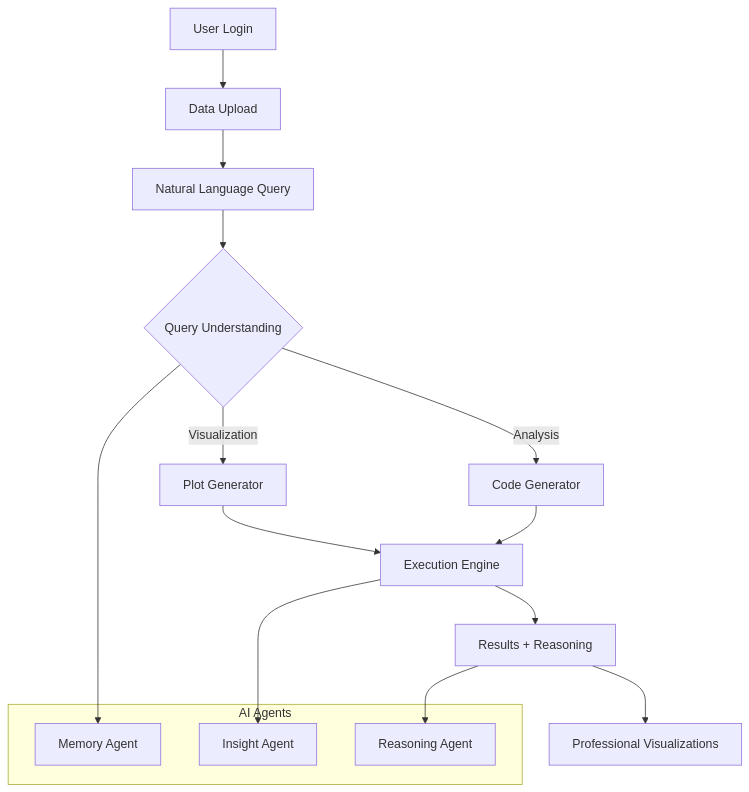
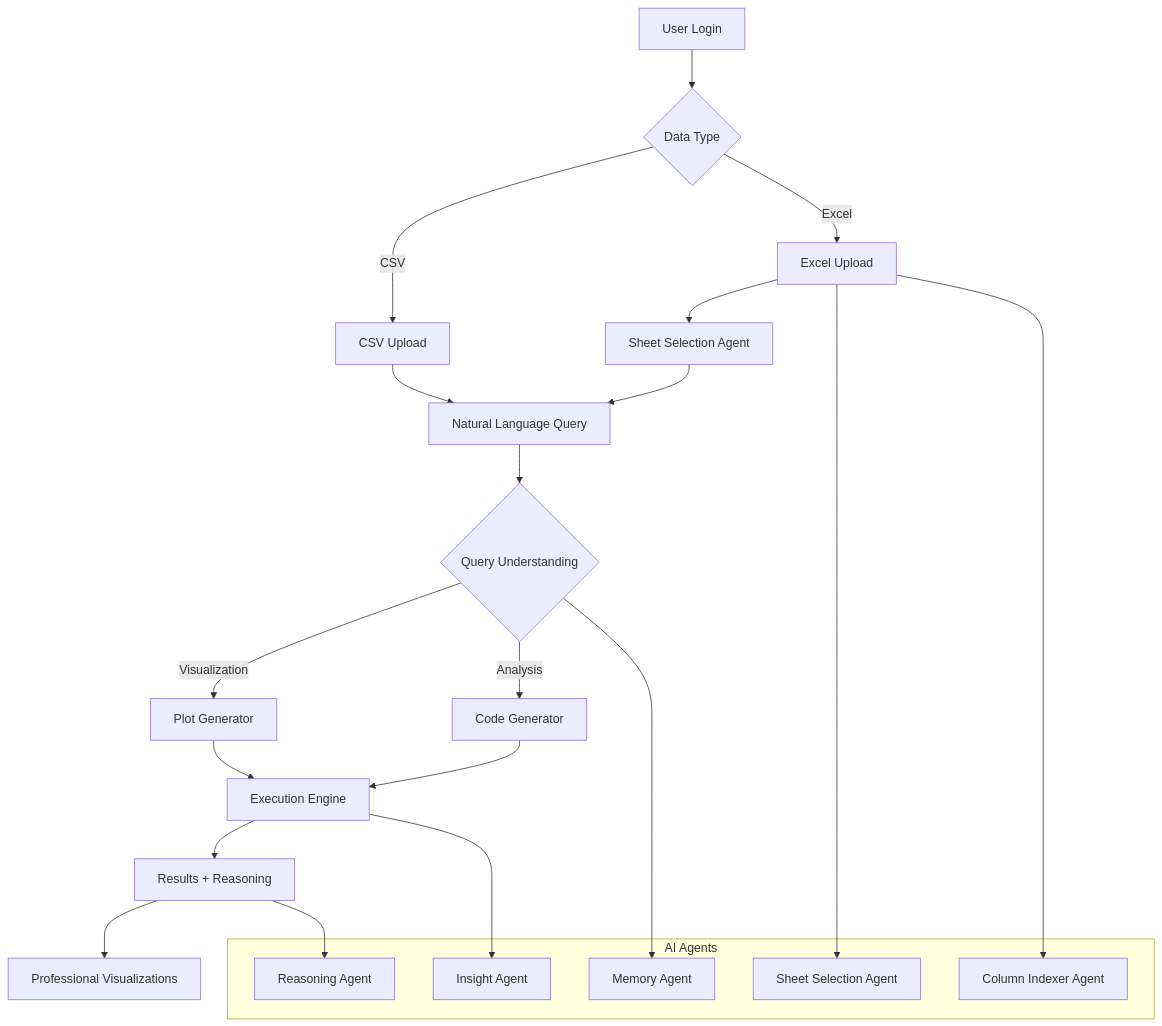
The first of 5 diagrams in README.md (Sher110106/HR-Agent), drawn with Mermaid before and after one commit. The commit also changed other lines of this file and 25 other files, not shown here.

````diff
--- a/README.md
+++ b/README.md
@@ -35,22 +39,30 @@
 ```mermaid
 graph TB
-    A[User Login] --> B[Data Upload]
-    B --> C[Natural Language Query]
-    C --> D{Query Understanding}
-    D -->|Visualization| E[Plot Generator]
-    D -->|Analysis| F[Code Generator]
-    E --> G[Execution Engine]
-    F --> G
-    G --> H[Results + Reasoning]
-    H --> I[Professional Visualizations]
+    A[User Login] --> B{Data Type}
+    B -->|CSV| C[CSV Upload]
+    B -->|Excel| D[Excel Upload]
+    C --> E[Natural Language Query]
+    D --> F[Sheet Selection Agent]
+    F --> E
+    E --> G{Query Understanding}
+    G -->|Visualization| H[Plot Generator]
+    G -->|Analysis| I[Code Generator]
+    H --> J[Execution Engine]
+    I --> J
+    J --> K[Results + Reasoning]
+    K --> L[Professional Visualizations]
     
     subgraph "AI Agents"
-        J[Memory Agent]
-        K[Insight Agent]
-        L[Reasoning Agent]
+        M[Memory Agent]
+        N[Insight Agent]
+        O[Reasoning Agent]
+        P[Sheet Selection Agent]
+        Q[Column Indexer Agent]
     end
     
-    D --> J
-    G --> K
-    H --> L
+    G --> M
+    J --> N
+    K --> O
+    D --> P
+    D --> Q
 ```
````
